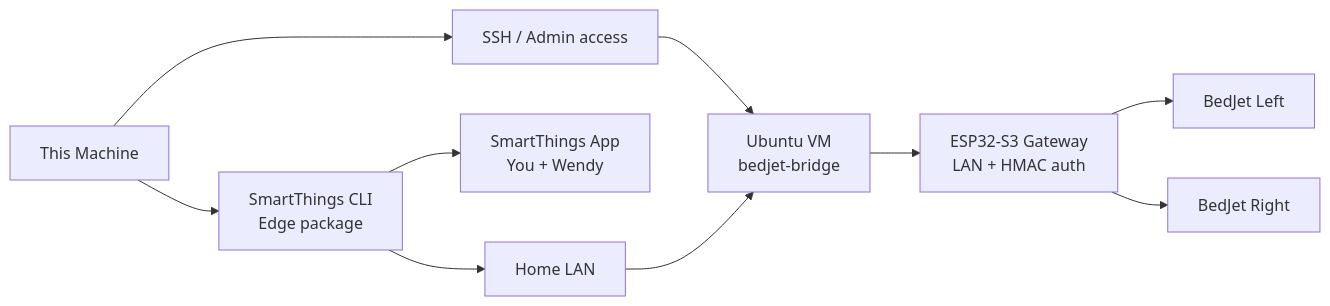
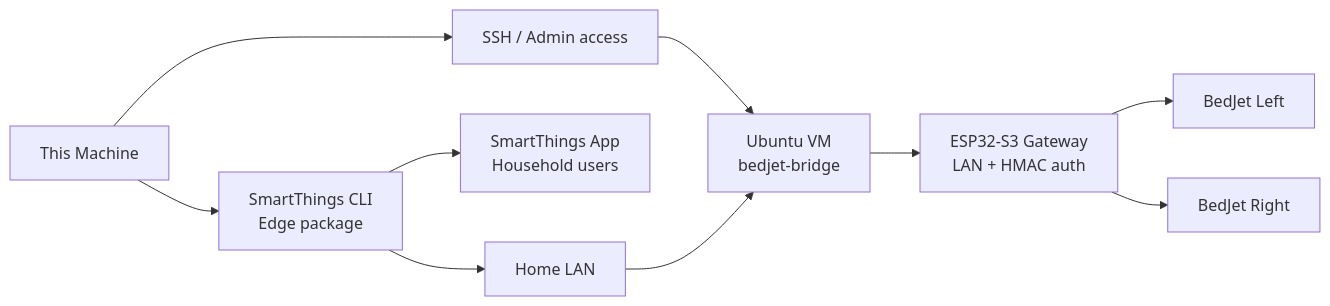
The diagram in README.md (masltov-creations/bedjet-smartthings-bridge), drawn with Mermaid before and after one commit. The commit also changed other lines of this file and 12 other files, not shown here.

````diff
--- a/README.md
+++ b/README.md
@@ -34,12 +34,12 @@
 ```mermaid
 flowchart LR
   local["This Machine"] --> ssh["SSH / Admin access"]
   ssh --> bridge["Ubuntu VM<br/>bedjet-bridge"]
   local --> hub["SmartThings CLI<br/>Edge package"]
-  hub --> phone["SmartThings App<br/>You + Wendy"]
+  hub --> phone["SmartThings App<br/>Household users"]
   hub --> lan["Home LAN"]
   lan --> bridge
   bridge --> esp["ESP32-S3 Gateway<br/>LAN + HMAC auth"]
   esp --> left["BedJet Left"]
   esp --> right["BedJet Right"]
 ```
````
